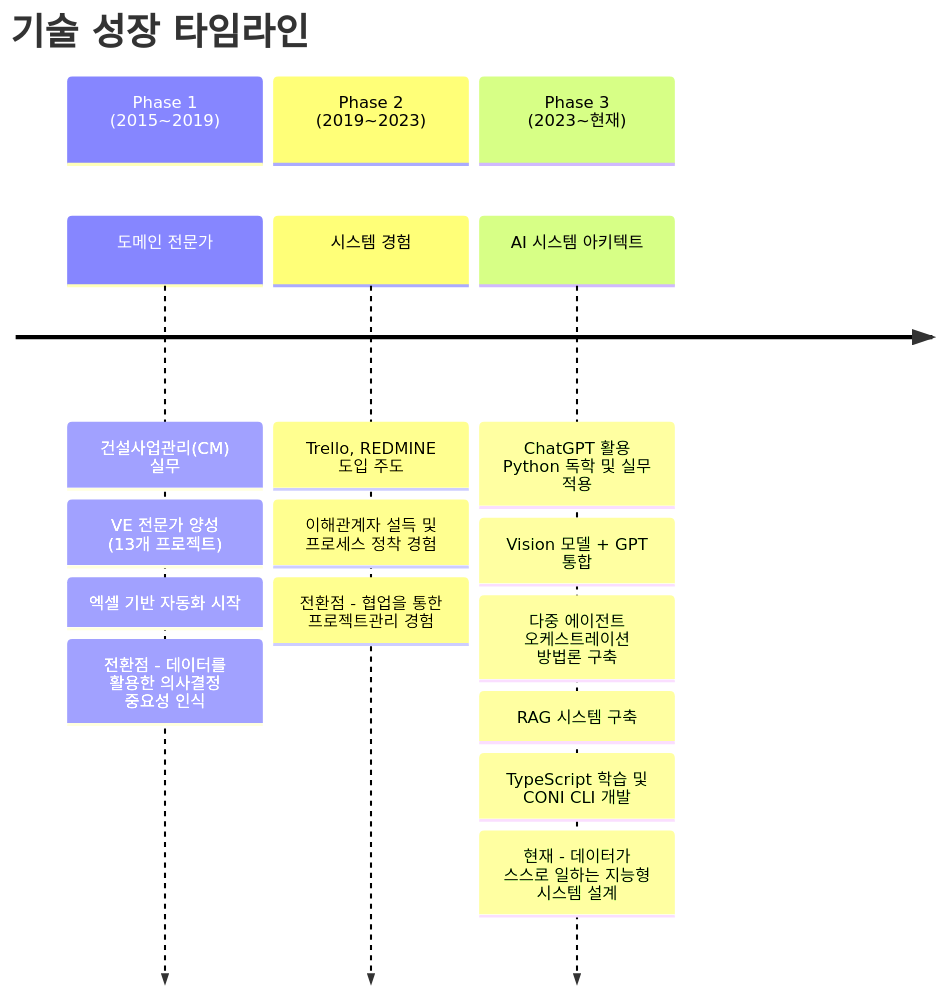
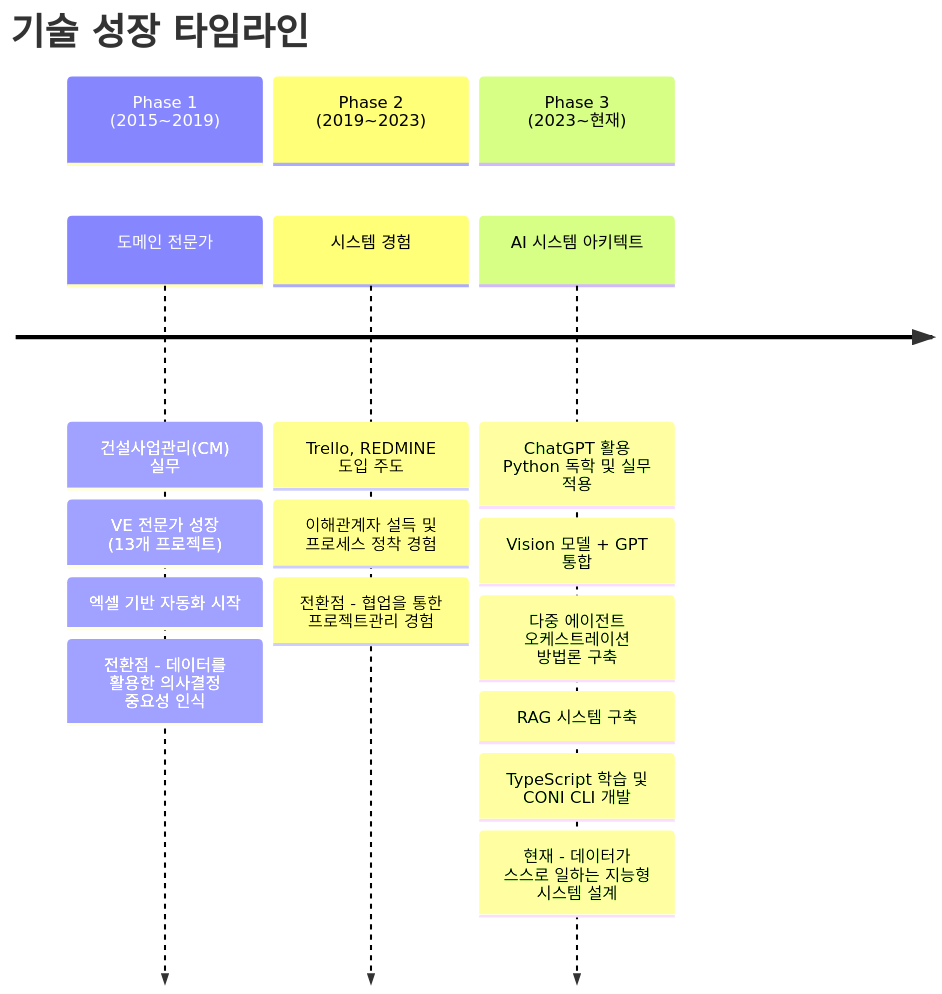
Before and after one commit to menaje/profile: the fourth of 4 diagrams in output/기술경력서_김성식.md, drawn with Mermaid. The commit also changed 2 other files, not shown here.

Commit message:
docs: 문서 내용 보완 및 수정

````diff
--- a/output/기술경력서_김성식.md
+++ b/output/기술경력서_김성식.md
@@ -442,26 +442,26 @@
 ```mermaid
 timeline
     title 기술 성장 타임라인
 
     section Phase 1 (2015~2019)
         도메인 전문가
             : 건설사업관리(CM) 실무
-            : VE 전문가 양성 (13개 프로젝트)
+            : VE 전문가 성장 (13개 프로젝트)
             : 엑셀 기반 자동화 시작
             : 전환점 - 데이터를 활용한 의사결정 중요성 인식
 
     section Phase 2 (2019~2023)
         시스템 경험
             : Trello, REDMINE 도입 주도
             : 이해관계자 설득 및 프로세스 정착 경험
             : 전환점 - 협업을 통한 프로젝트관리 경험
 
     section Phase 3 (2023~현재)
         AI 시스템 아키텍트
             : ChatGPT 활용 Python 독학 및 실무 적용
             : Vision 모델 + GPT 통합
             : 다중 에이전트 오케스트레이션 방법론 구축
             : RAG 시스템 구축
             : TypeScript 학습 및 CONI CLI 개발
             : 현재 - 데이터가 스스로 일하는 지능형 시스템 설계
 ```
````
